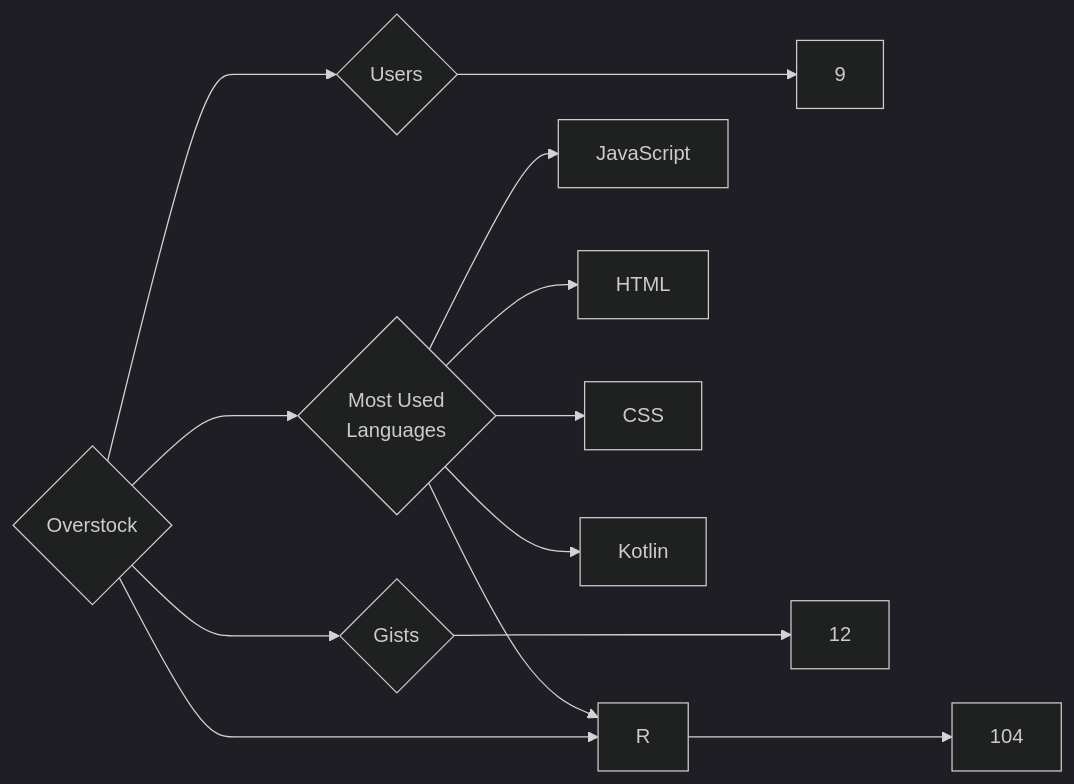
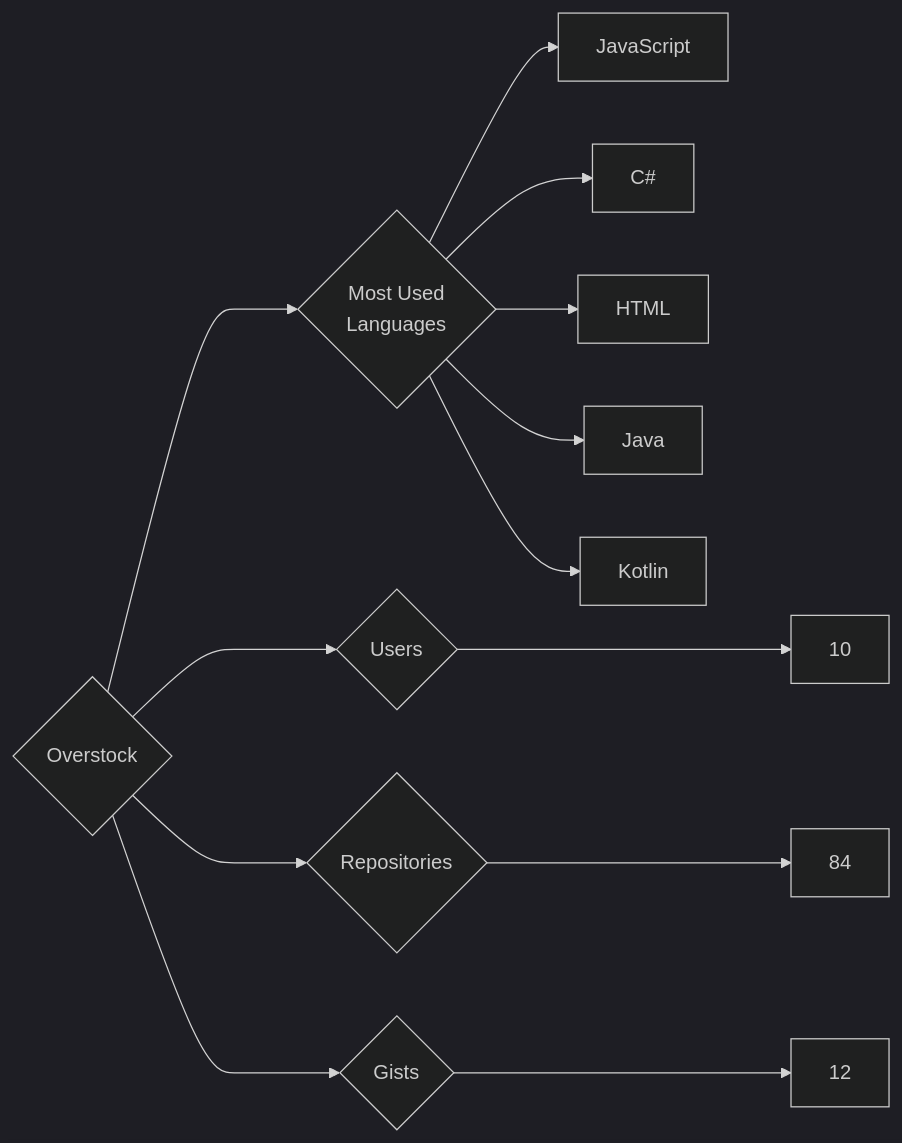
Before and after one commit to trickest/insiders: the diagram in targets/Overstock/README.md, drawn with Mermaid (dark theme). The commit also changed 995 other files, not shown here.

````diff
--- a/targets/Overstock/README.md
+++ b/targets/Overstock/README.md
@@ -3,13 +3,13 @@
 ```mermaid
 graph LR
 COMPANY_NAME{Overstock}
-COMPANY_NAME ---> U{Users} ---> UN[9]
-COMPANY_NAME ---> R{Repositories} ---> RN[104]
+COMPANY_NAME ---> U{Users} ---> UN[10]
+COMPANY_NAME ---> R{Repositories} ---> RN[84]
 COMPANY_NAME ---> G{Gists} ---> GN[12]
 COMPANY_NAME ---> ML{Most Used<br>Languages}
 ML --> JavaScript[JavaScript]
+ML --> C#[C#]
 ML --> HTML[HTML]
-ML --> CSS[CSS]
-ML --> R[R]
+ML --> Java[Java]
 ML --> Kotlin[Kotlin]
 ```
````
